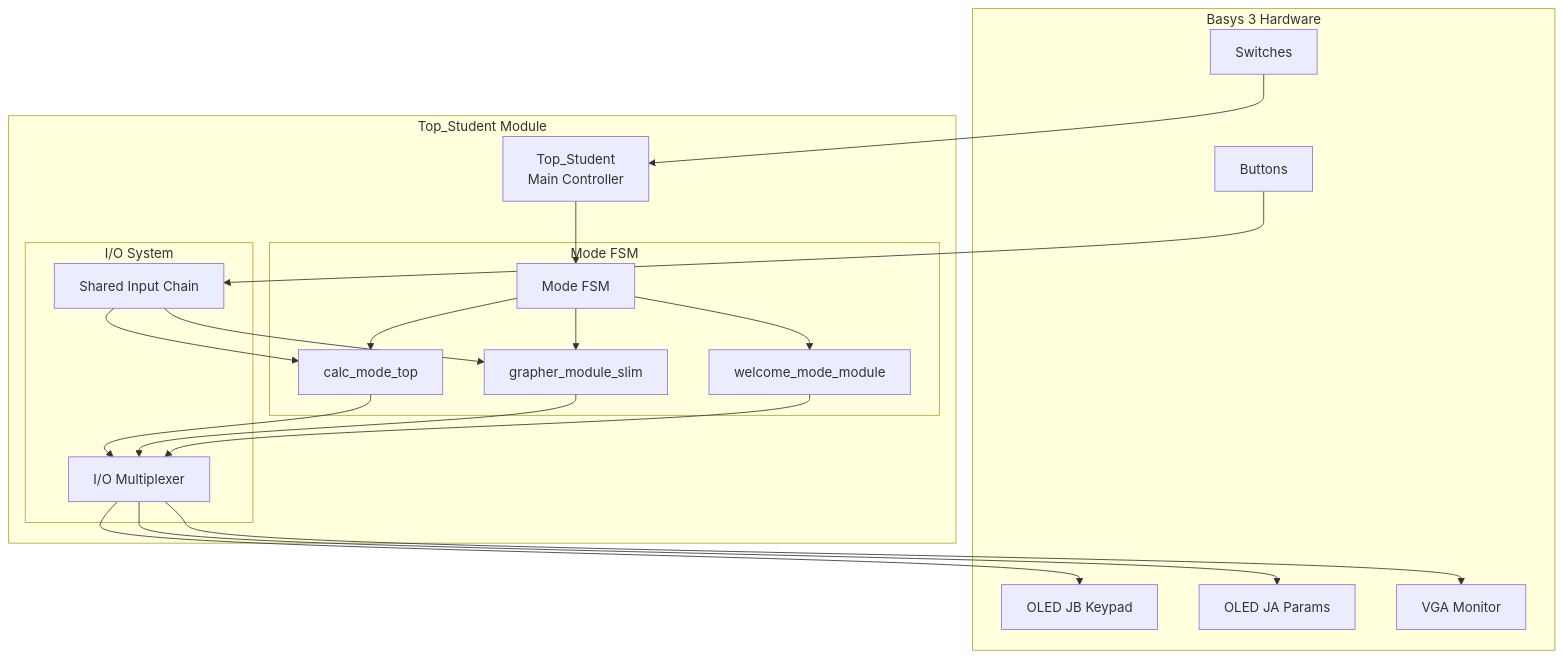
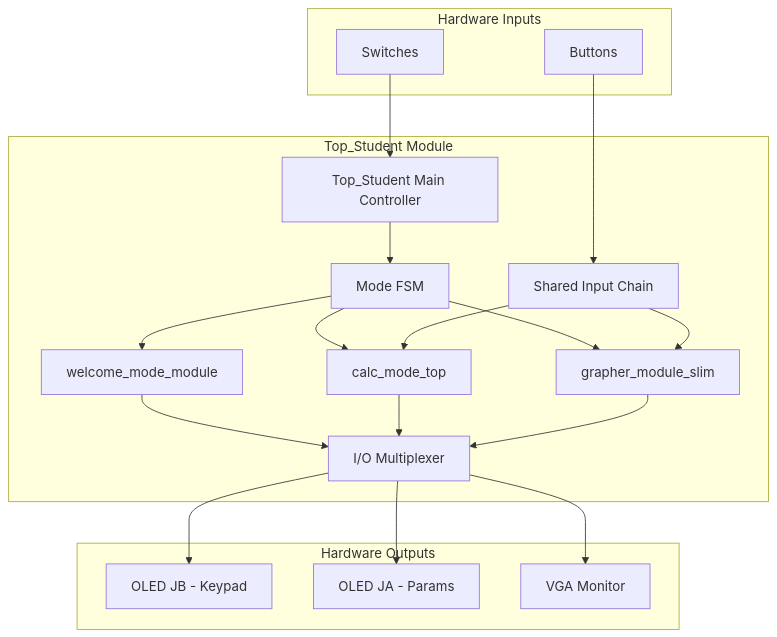
One commit to Yxiang-828/EE2026-Project-Vivado changed the first of 5 diagrams in README.md. Above: the diagram before and after it, drawn with Mermaid. The commit also changed other lines of this file, not shown here.

First line of the commit message:
Restructure first Mermaid diagram for better clarity

````diff
--- a/README.md
+++ b/README.md
@@ -12,48 +14,43 @@
 ```mermaid
 graph TD
-    %% Hardware Layer
-    subgraph "Basys 3 Hardware"
+    subgraph "Hardware Inputs"
         BTN[Buttons]
         SW[Switches]
-        OLED_JB[OLED JB Keypad]
-        OLED_JA[OLED JA Params]
+    end
+
+    subgraph "Top_Student Module"
+        TOP[Top_Student Main Controller]
+        INPUT_CHAIN[Shared Input Chain]
+        MODE_FSM[Mode FSM]
+        WELCOME[welcome_mode_module]
+        CALC[calc_mode_top]
+        GRAPH[grapher_module_slim]
+        IO_MUX[I/O Multiplexer]
+    end
+
+    subgraph "Hardware Outputs"
+        OLED_JB[OLED JB - Keypad]
+        OLED_JA[OLED JA - Params]
         VGA[VGA Monitor]
     end
 
-    %% Application Layer
-    subgraph "Top_Student Module"
-        TOP[Top_Student<br/>Main Controller]
-
-        subgraph "Mode FSM"
-            MODE_FSM[Mode FSM]
-            WELCOME[welcome_mode_module]
-            CALC[calc_mode_top]
-            GRAPH[grapher_module_slim]
-        end
-
-        subgraph "I/O System"
-            IO_MUX[I/O Multiplexer]
-            INPUT_CHAIN[Shared Input Chain]
-        end
-    end
-
-    %% Connections
+    %% --- Connections ---
     BTN --> INPUT_CHAIN
     SW --> TOP
+    TOP --> MODE_FSM
 
-    TOP --> MODE_FSM
     MODE_FSM --> WELCOME
     MODE_FSM --> CALC
     MODE_FSM --> GRAPH
 
     INPUT_CHAIN --> CALC
     INPUT_CHAIN --> GRAPH
 
+    WELCOME --> IO_MUX
     CALC --> IO_MUX
     GRAPH --> IO_MUX
-    WELCOME --> IO_MUX
 
     IO_MUX --> OLED_JB
     IO_MUX --> OLED_JA
     IO_MUX --> VGA
 ```
````
